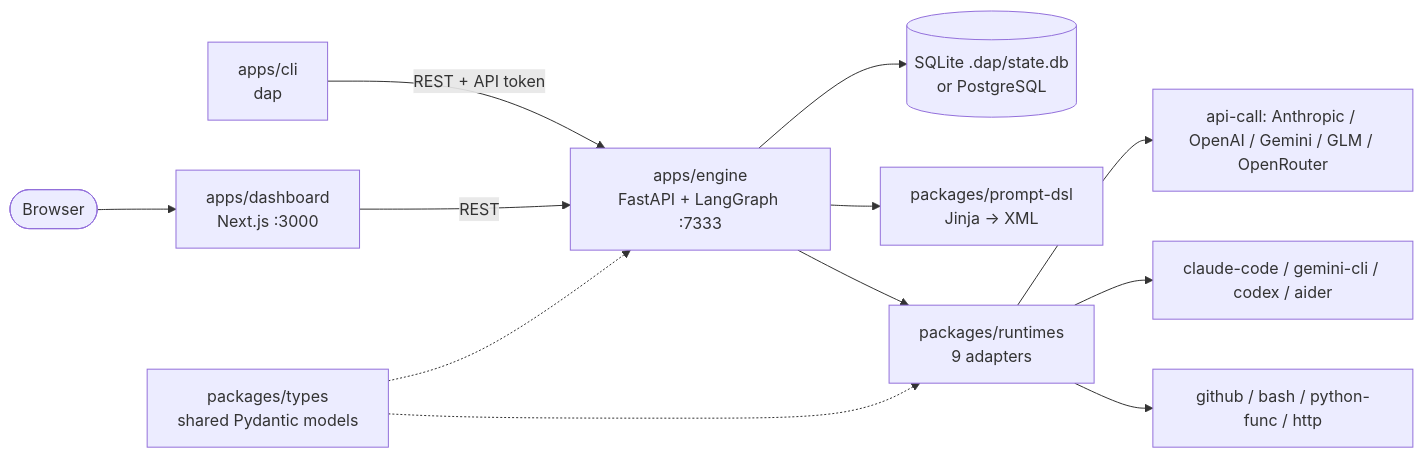
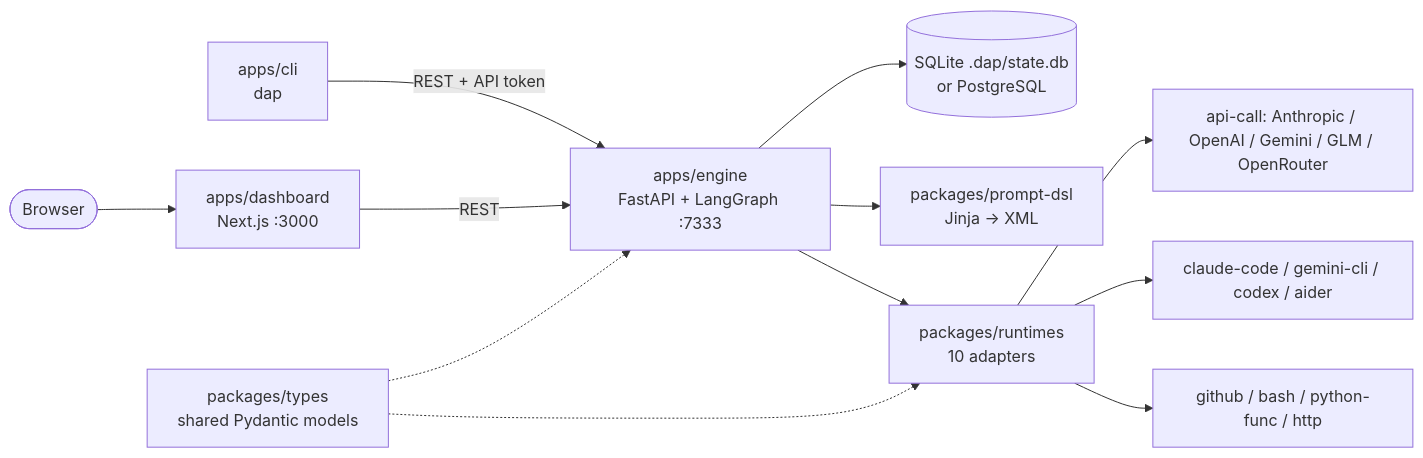
Before and after one commit to lagowski/dap: the diagram in README.md, drawn with Mermaid. The commit also changed other lines of this file and 2 other files, not shown here.

````diff
--- a/README.md
+++ b/README.md
@@ -55,14 +54,14 @@
 ```mermaid
 flowchart LR
   user([Browser]) --> dash["apps/dashboard<br/>Next.js :3000"]
   cli["apps/cli<br/>dap"] -->|REST + API token| engine
   dash -->|REST| engine["apps/engine<br/>FastAPI + LangGraph :7333"]
   engine --> db[("SQLite .dap/state.db<br/>or PostgreSQL")]
   engine --> dsl["packages/prompt-dsl<br/>Jinja → XML"]
-  engine --> rt["packages/runtimes<br/>9 adapters"]
+  engine --> rt["packages/runtimes<br/>10 adapters"]
   rt --> sdk["api-call: Anthropic / OpenAI / Gemini / GLM / OpenRouter"]
   rt --> clis["claude-code / gemini-cli / codex / aider"]
   rt --> other["github / bash / python-func / http"]
   types["packages/types<br/>shared Pydantic models"] -.-> engine
   types -.-> rt
 ```
````
